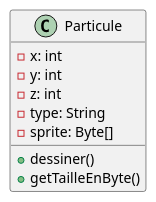
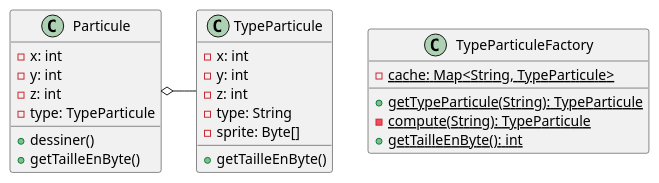
One commit to jandry/design-pattern changed the diagram in src/uml/flyweigth.puml. Above: the diagram before and after it, drawn with PlantUML. The commit also changed 4 other files, not shown here.

```diff
--- a/src/uml/flyweigth.puml
+++ b/src/uml/flyweigth.puml
@@ -1,13 +1,30 @@
 @startuml Flyweigth
 
 class Particule {
     - x: int
     - y: int
     - z: int
-    - type: String
-    - sprite: Byte[]
+    - type: TypeParticule
     + dessiner()
     + getTailleEnByte()
 }
 
+class TypeParticule {
+    - x: int
+    - y: int
+    - z: int
+    - type: String
+    - sprite: Byte[]
+    + getTailleEnByte()
+}
+
+class TypeParticuleFactory {
+    {static} - cache: Map<String, TypeParticule>
+    {static} + getTypeParticule(String): TypeParticule
+    {static} - compute(String): TypeParticule
+    {static} + getTailleEnByte(): int
+}
+
+Particule o-right- TypeParticule
+
 @enduml
```
